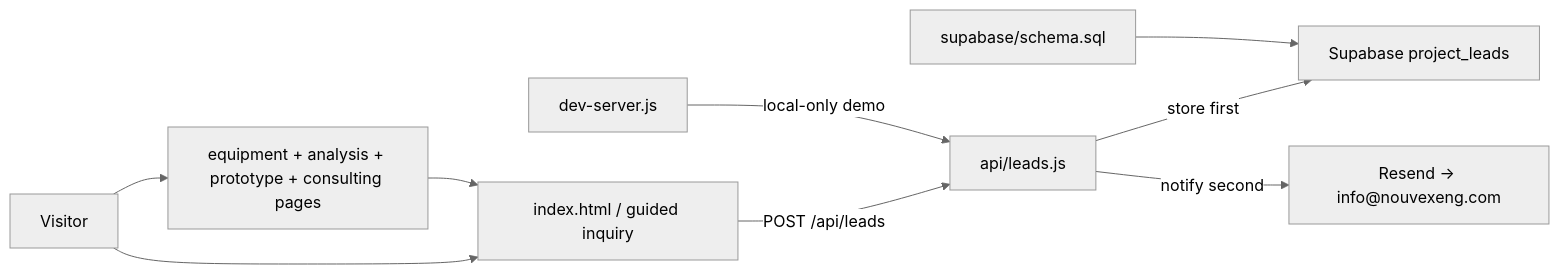
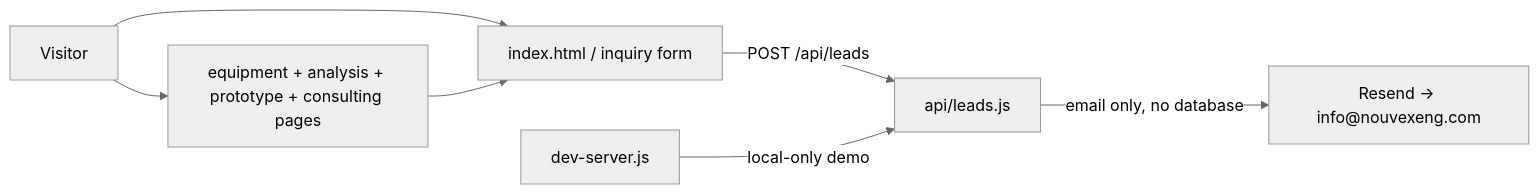
Before and after one commit to amaragioglio/nouvex-engineering: the diagram in GRAPH.md, drawn with Mermaid (neutral theme). The commit also changed other lines of this file and 12 other files, not shown here.

First line of the commit message:
Simplify inquiry to a single contact form, email only

````diff
--- a/GRAPH.md
+++ b/GRAPH.md
@@ -7,11 +7,9 @@
 ```mermaid
 flowchart LR
-  V["Visitor"] --> UI["index.html / guided inquiry"]
+  V["Visitor"] --> UI["index.html / inquiry form"]
   V --> SEO["equipment + analysis + prototype + consulting pages"]
   SEO --> UI
   UI -->|"POST /api/leads"| API["api/leads.js"]
-  API -->|"store first"| DB["Supabase project_leads"]
-  API -->|"notify second"| MAIL["Resend -> info@nouvexeng.com"]
+  API -->|"email only, no database"| MAIL["Resend -> info@nouvexeng.com"]
   DEV["dev-server.js"] -->|"local-only demo"| API
-  SQL["supabase/schema.sql"] --> DB
 ```
````
